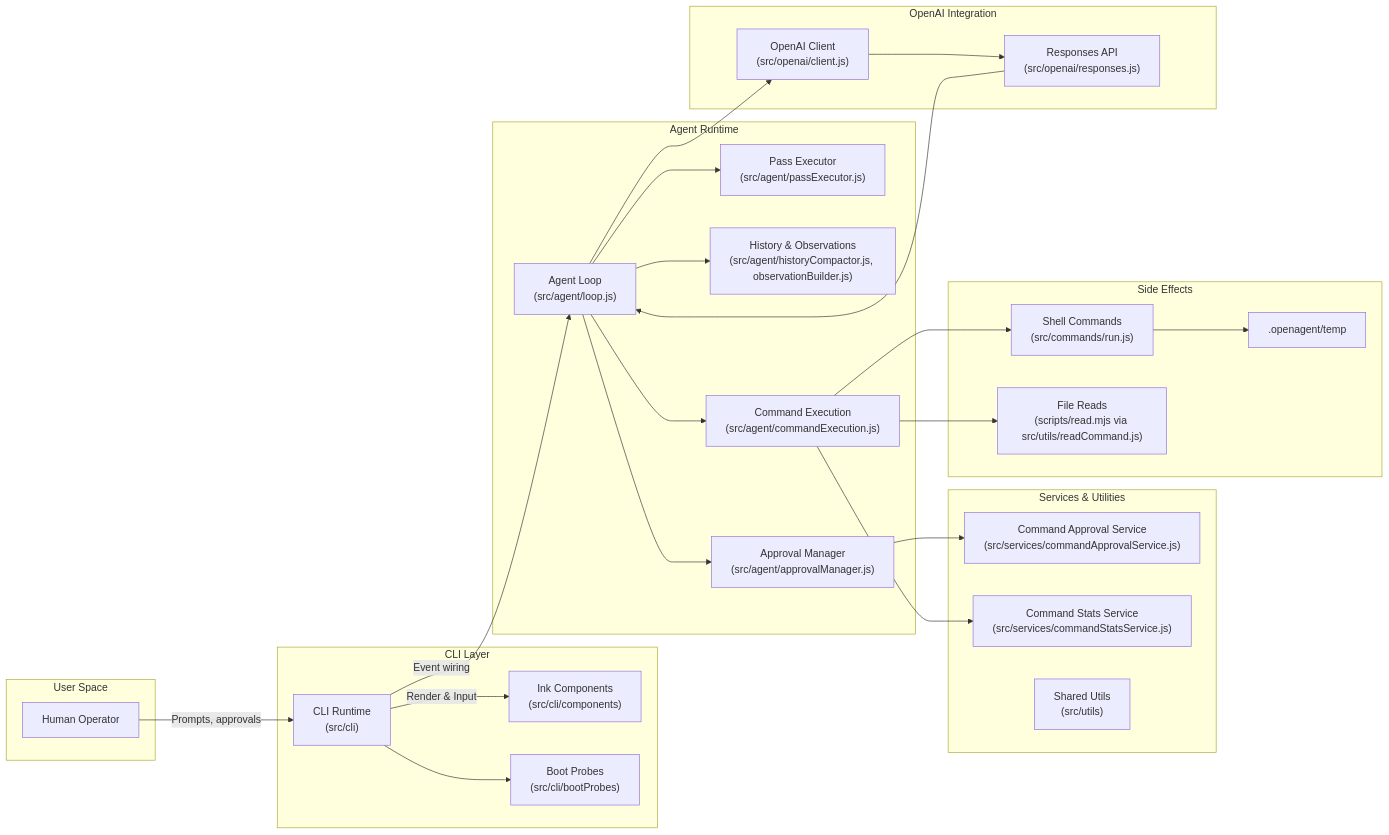
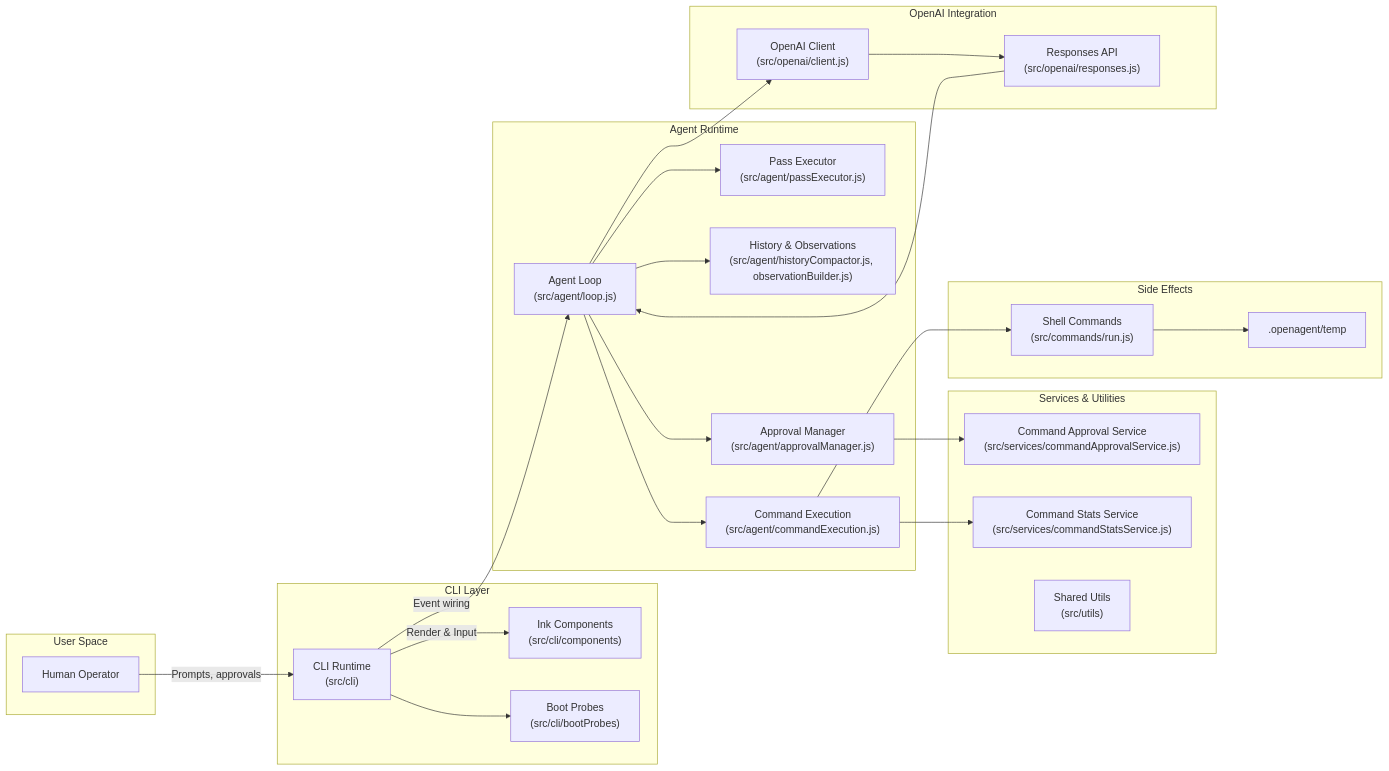
One commit to asynkron/OpenAgent changed the first of 3 diagrams in docs/architecture.md. Above: the diagram before and after it, drawn with Mermaid. The commit also changed other lines of this file and 22 other files, not shown here.

Commit message:
Remove read command helper and update docs

````diff
--- a/docs/architecture.md
+++ b/docs/architecture.md
@@ -9,56 +9,54 @@
 ```mermaid
 flowchart LR
     subgraph User Space
         U["Human Operator"]
     end
 
     subgraph CLI Layer
         CLI["CLI Runtime\n(src/cli)"]
         Ink["Ink Components\n(src/cli/components)"]
         Probes["Boot Probes\n(src/cli/bootProbes)"]
     end
 
     subgraph Agent Runtime
         Loop["Agent Loop\n(src/agent/loop.js)"]
         Pass["Pass Executor\n(src/agent/passExecutor.js)"]
         History["History & Observations\n(src/agent/historyCompactor.js, observationBuilder.js)"]
         ApprovalMgr["Approval Manager\n(src/agent/approvalManager.js)"]
         CmdExec["Command Execution\n(src/agent/commandExecution.js)"]
     end
 
     subgraph Services & Utilities
         ApprovalSvc["Command Approval Service\n(src/services/commandApprovalService.js)"]
         StatsSvc["Command Stats Service\n(src/services/commandStatsService.js)"]
         Utils["Shared Utils\n(src/utils)"]
     end
 
     subgraph Side Effects
         Shell["Shell Commands\n(src/commands/run.js)"]
-        Fs["File Reads\n(scripts/read.mjs via src/utils/readCommand.js)"]
         Temp[".openagent/temp"]
     end
 
     subgraph OpenAI Integration
         OpenAIClient["OpenAI Client\n(src/openai/client.js)"]
         Responses["Responses API\n(src/openai/responses.js)"]
     end
 
     U -->|Prompts, approvals| CLI
     CLI -->|Render & Input| Ink
     CLI --> Probes
     CLI -->|Event wiring| Loop
 
     Loop --> Pass
     Loop --> History
     Loop --> ApprovalMgr
     Loop --> CmdExec
     Loop --> OpenAIClient
 
     ApprovalMgr --> ApprovalSvc
     CmdExec --> Shell
-    CmdExec --> Fs
     Shell --> Temp
     CmdExec --> StatsSvc
     Responses --> Loop
     OpenAIClient --> Responses
 ```
````
